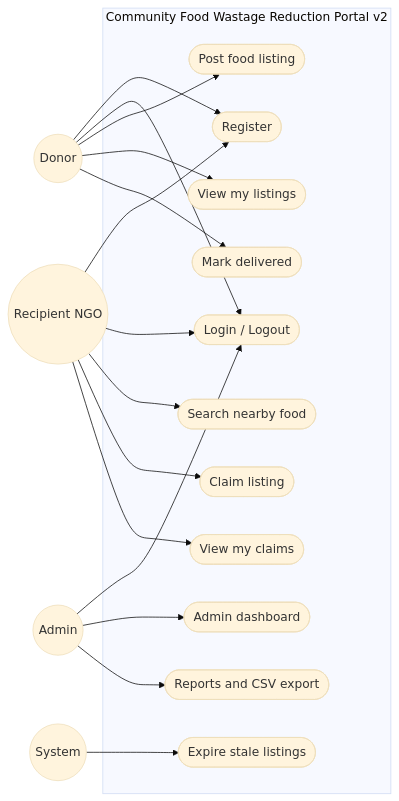
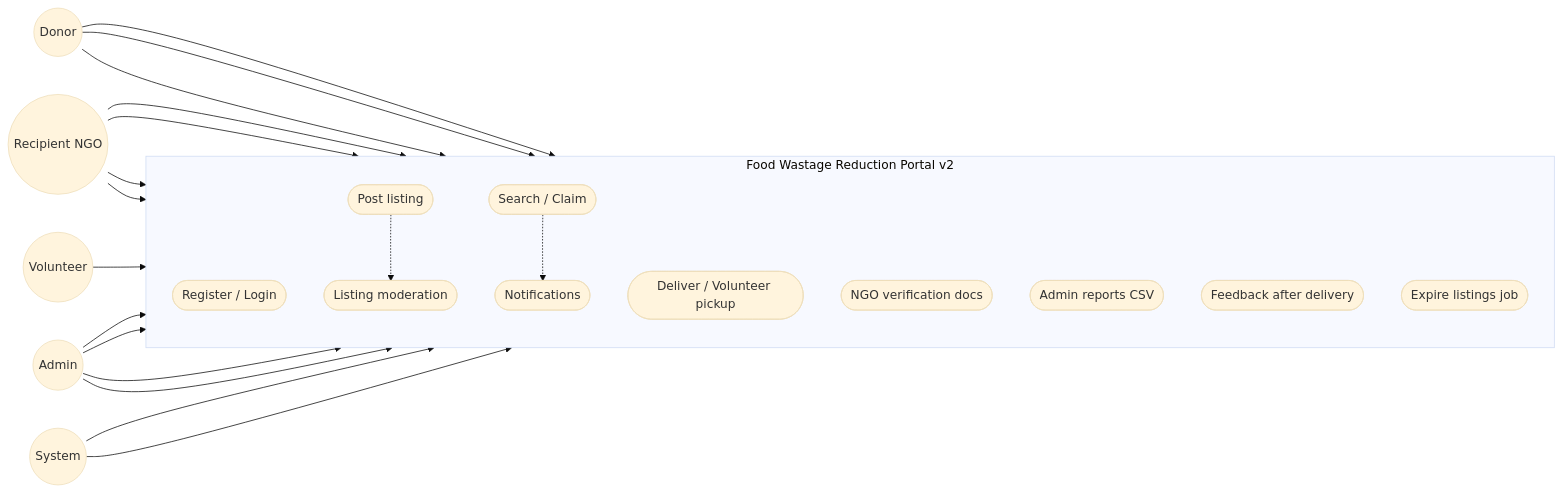
One commit to Shaheerazam111/Community-Food-Wastage-Reduction-Portal-v2 changed the diagram in Documentation/images/v2/source/01-use-case-diagram.mmd. Above: the diagram before and after it, drawn with Mermaid (base theme). The commit also changed 138 other files, not shown here.

```diff
--- a/Documentation/images/v2/source/01-use-case-diagram.mmd
+++ b/Documentation/images/v2/source/01-use-case-diagram.mmd
@@ -1,37 +1,41 @@
 flowchart LR
-    subgraph Portal["Community Food Wastage Reduction Portal v2"]
-        UC01([Register])
-        UC02([Login / Logout])
-        UC03([Post food listing])
-        UC04([View my listings])
-        UC05([Mark delivered])
-        UC06([Search nearby food])
-        UC07([Claim listing])
-        UC08([View my claims])
-        UC09([Admin dashboard])
-        UC10([Reports and CSV export])
-        UC11([Expire stale listings])
+    subgraph Portal["Food Wastage Reduction Portal v2"]
+        direction TB
+        UC01([Register / Login])
+        UC02([Post listing])
+        UC03([Search / Claim])
+        UC04([Deliver / Volunteer pickup])
+        UC05([Notifications])
+        UC06([NGO verification docs])
+        UC07([Listing moderation])
+        UC08([Admin reports CSV])
+        UC09([Feedback after delivery])
+        UC10([Expire listings job])
     end
 
     Donor((Donor))
     NGO((Recipient NGO))
+    Vol((Volunteer))
     Admin((Admin))
     Sys((System))
 
     Donor --> UC01
     Donor --> UC02
-    Donor --> UC03
     Donor --> UC04
-    Donor --> UC05
 
     NGO --> UC01
-    NGO --> UC02
+    NGO --> UC03
     NGO --> UC06
-    NGO --> UC07
-    NGO --> UC08
+    NGO --> UC09
 
-    Admin --> UC02
-    Admin --> UC09
-    Admin --> UC10
+    Vol --> UC04
 
-    Sys --> UC11
+    Admin --> UC01
+    Admin --> UC06
+    Admin --> UC07
+    Admin --> UC08
+
+    Sys --> UC05
+    Sys --> UC10
+    UC02 -.-> UC07
+    UC03 -.-> UC05
```
